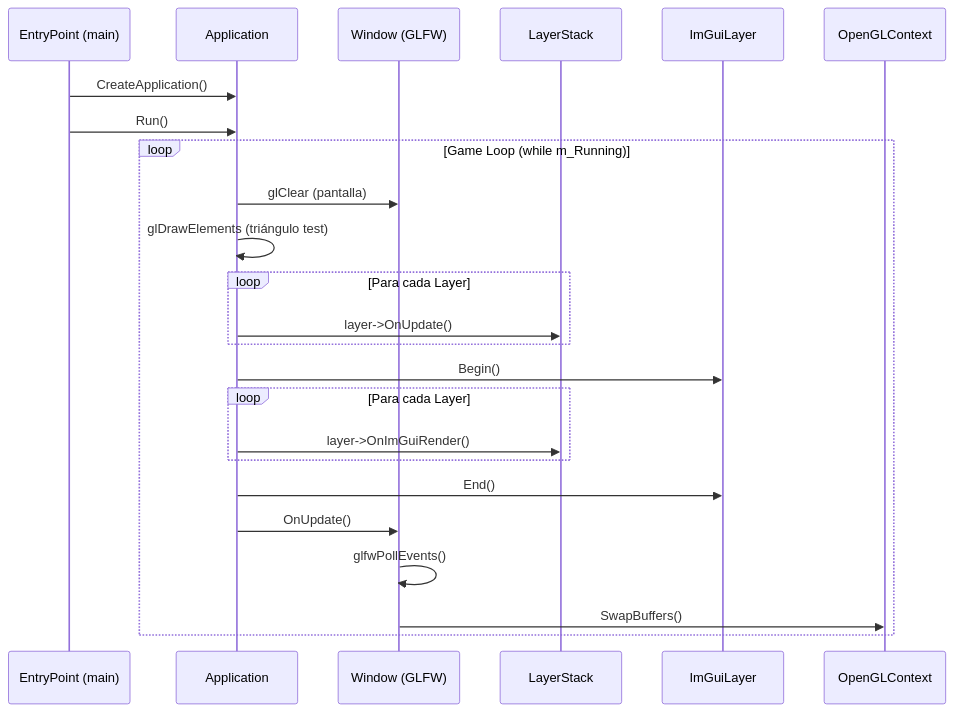
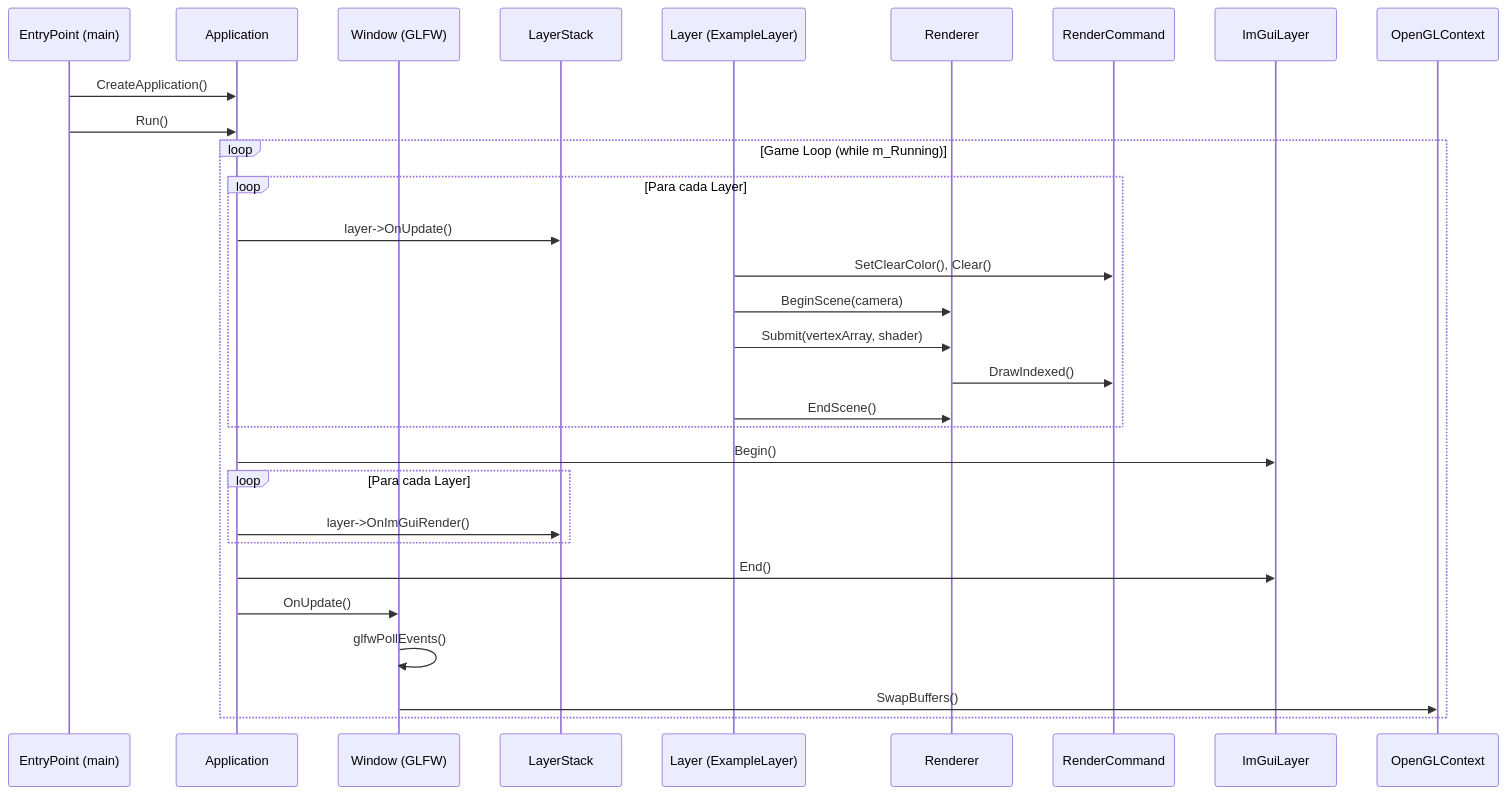
The fourth of 6 diagrams in README.md (Tanque40/Lore), drawn with Mermaid before and after one commit. The commit also changed other lines of this file and 1 other file, not shown here.

Commit message:
Update Maze grid size in ExampleLayer: change from 10x10 to 50x50 for improved maze generation

````diff
--- a/README.md
+++ b/README.md
@@ -263,31 +363,36 @@
 ```mermaid
 sequenceDiagram
     participant EP as EntryPoint (main)
     participant App as Application
     participant Win as Window (GLFW)
     participant LS as LayerStack
+    participant L as Layer (ExampleLayer)
+    participant R as Renderer
+    participant RC as RenderCommand
     participant IG as ImGuiLayer
     participant GL as OpenGLContext
 
     EP->>App: CreateApplication()
     EP->>App: Run()
 
     loop Game Loop (while m_Running)
-        App->>Win: glClear (pantalla)
-        App->>App: glDrawElements (triángulo test)
-
         loop Para cada Layer
             App->>LS: layer->OnUpdate()
+            L->>RC: SetClearColor(), Clear()
+            L->>R: BeginScene(camera)
+            L->>R: Submit(vertexArray, shader)
+            R->>RC: DrawIndexed()
+            L->>R: EndScene()
         end
 
         App->>IG: Begin()
         loop Para cada Layer
             App->>LS: layer->OnImGuiRender()
         end
         App->>IG: End()
 
         App->>Win: OnUpdate()
         Win->>Win: glfwPollEvents()
         Win->>GL: SwapBuffers()
     end
 ```
````
